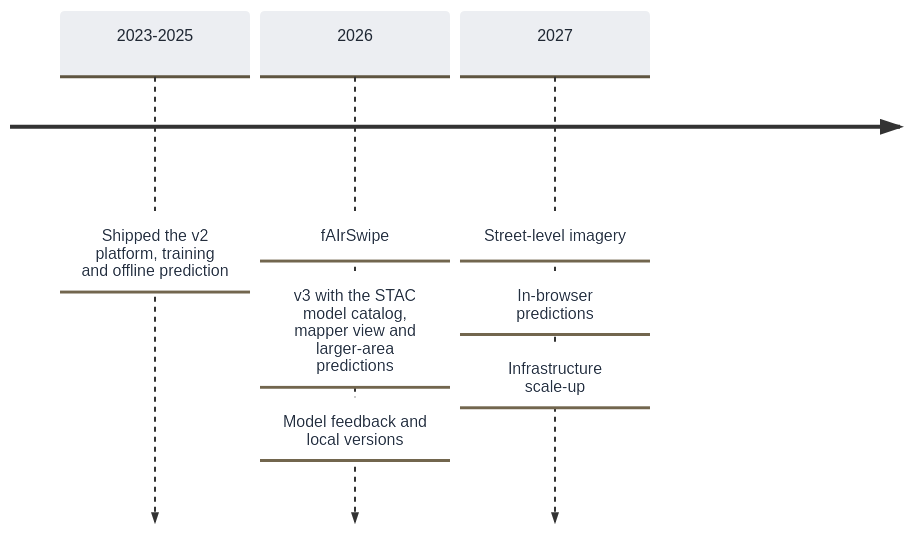
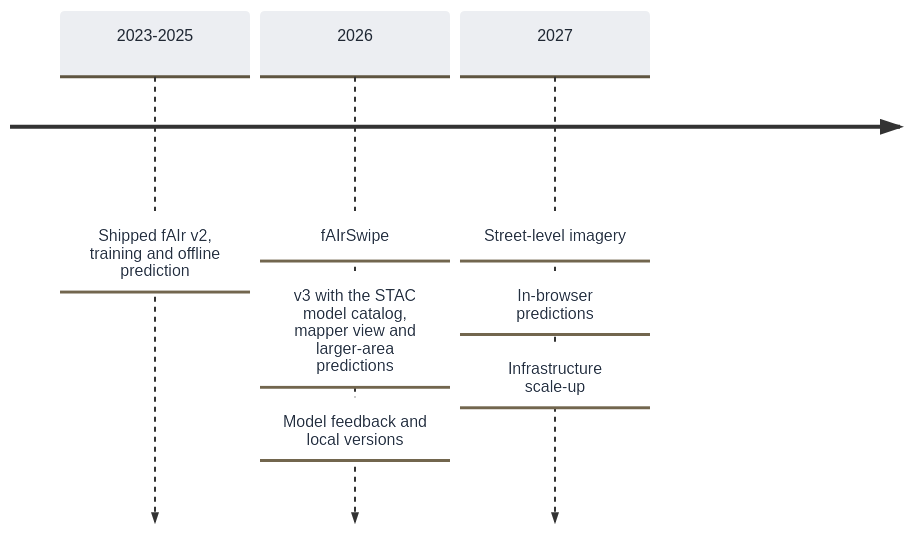
One commit to hotosm/fAIr changed the diagram in docs/roadmap/index.md. Above: the diagram before and after it, drawn with Mermaid. The commit also changed 50 other files, not shown here.

````diff
--- a/docs/roadmap/index.md
+++ b/docs/roadmap/index.md
@@ -12,7 +12,7 @@
 ```mermaid
 %%{init: {'theme':'base','themeVariables':{'cScale0':'#eceef2','cScale1':'#eceef2','cScale2':'#eceef2','cScale3':'#eceef2','cScaleLabel0':'#1f2733','cScaleLabel1':'#1f2733','cScaleLabel2':'#1f2733','cScaleLabel3':'#1f2733','lineColor':'#9aa0aa','fontFamily':'system-ui, sans-serif'}}}%%
 timeline
-    2023-2025 : Shipped the v2 platform, training and offline prediction
+    2023-2025 : Shipped fAIr v2, training and offline prediction
     2026 : fAIrSwipe : v3 with the STAC model catalog, mapper view and larger-area predictions : Model feedback and local versions
     2027 : Street-level imagery : In-browser predictions : Infrastructure scale-up
 ```
````
